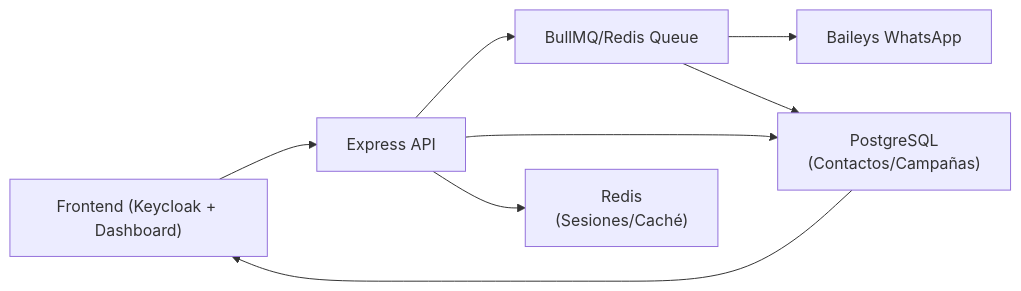
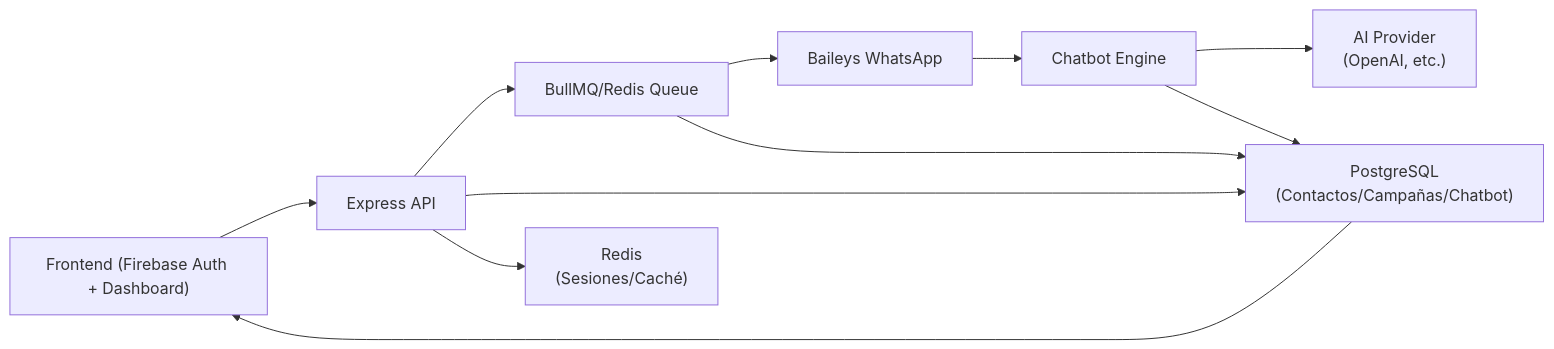
Before and after one commit to poravv/message-sender: the first of 4 diagrams in README.md, drawn with Mermaid. The commit also changed other lines of this file and 6 other files, not shown here.

````diff
--- a/README.md
+++ b/README.md
@@ -193,10 +228,13 @@
 ```mermaid
 flowchart LR
-  UI["Frontend (Keycloak + Dashboard)"] --> API["Express API"]
+  UI["Frontend (Firebase Auth + Dashboard)"] --> API["Express API"]
   API --> Q["BullMQ/Redis Queue"]
-  API --> PG["PostgreSQL<br/>(Contactos/Campañas)"]
+  API --> PG["PostgreSQL<br/>(Contactos/Campañas/Chatbot)"]
   API --> R["Redis<br/>(Sesiones/Caché)"]
   Q --> WA["Baileys WhatsApp"]
+  WA --> CB["Chatbot Engine"]
+  CB --> AI["AI Provider<br/>(OpenAI, etc.)"]
+  CB --> PG
   Q --> PG
   PG --> UI
 ```
````
